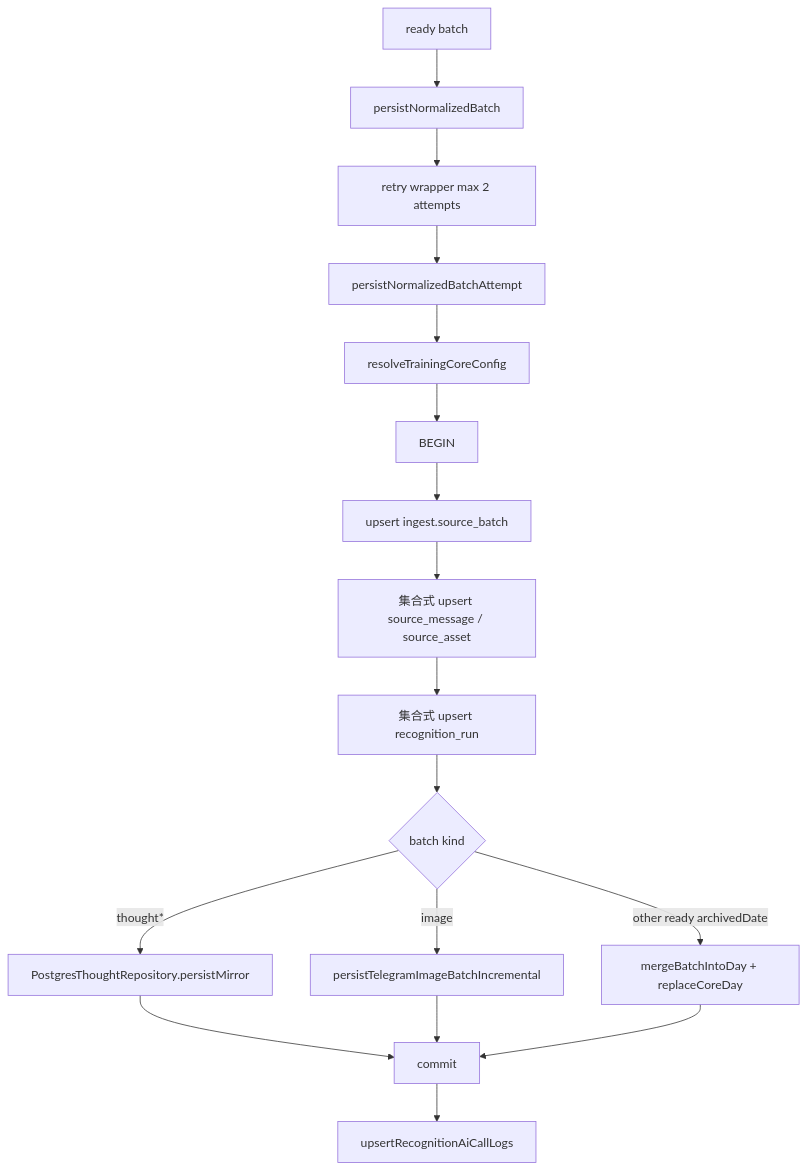
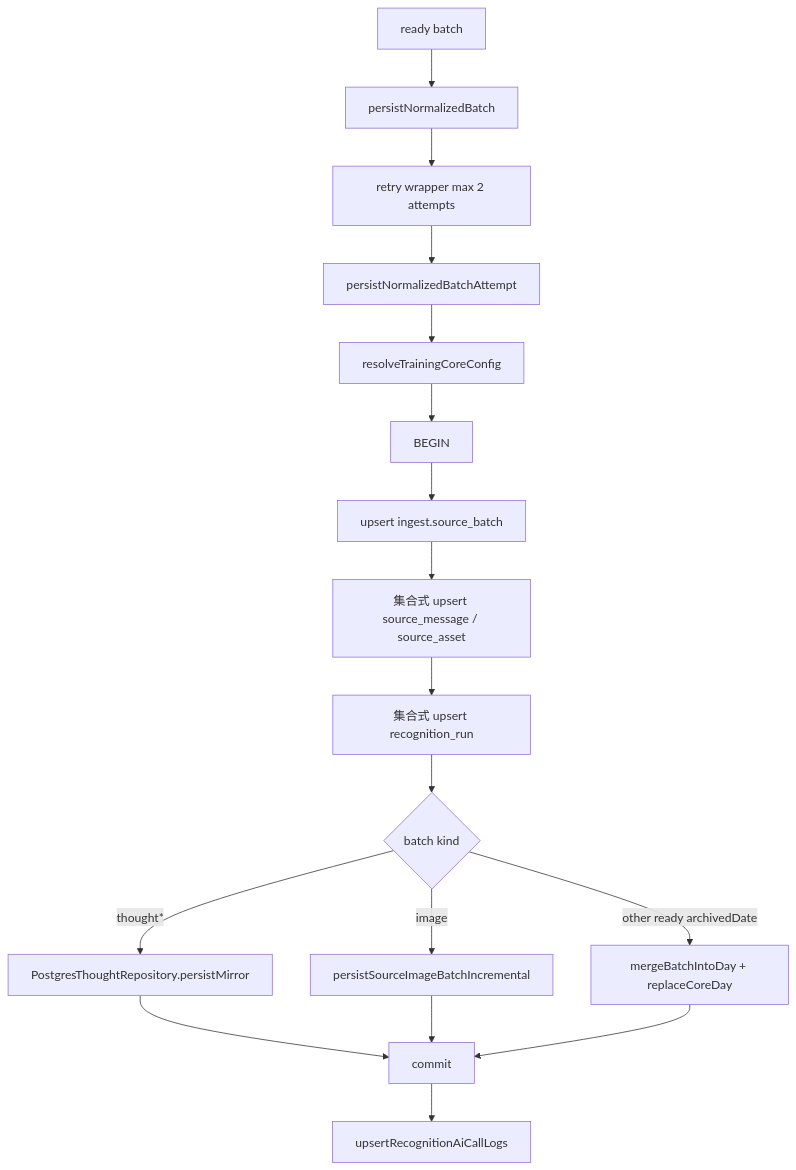
Before and after one commit to soulgo/training_records: the diagram in docs/02_系统核心逻辑/数据入库流程.md, drawn with Mermaid. The commit also changed other lines of this file and 17 other files, not shown here.

````diff
--- a/docs/02_系统核心逻辑/数据入库流程.md
+++ b/docs/02_系统核心逻辑/数据入库流程.md
@@ -5,19 +5,19 @@
 ```mermaid
 flowchart TD
   A[ready batch] --> B[persistNormalizedBatch]
   B --> B1[retry wrapper max 2 attempts]
   B1 --> C[persistNormalizedBatchAttempt]
   C --> D[resolveTrainingCoreConfig]
   D --> F[BEGIN]
   F --> G[upsert ingest.source_batch]
   G --> H[集合式 upsert source_message / source_asset]
   H --> I[集合式 upsert recognition_run]
   I --> J{batch kind}
   J -->|thought*| K[PostgresThoughtRepository.persistMirror]
-  J -->|image| L[persistTelegramImageBatchIncremental]
+  J -->|image| L[persistSourceImageBatchIncremental]
   J -->|other ready archivedDate| M[mergeBatchIntoDay + replaceCoreDay]
   K --> N[commit]
   L --> N
   M --> N
   N --> O[upsertRecognitionAiCallLogs]
 ```
````
